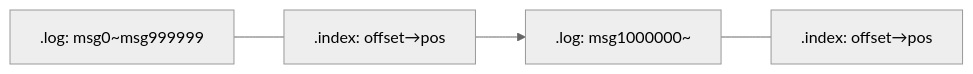
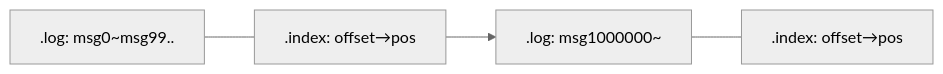
One commit to yjkim2015/yjkim2015.github.io changed the tenth of 17 diagrams in _posts/kafka/2026-05-01-kafka-fundamentals.md. Above: the diagram before and after it, drawn with Mermaid (neutral theme). The commit also changed other lines of this file and 149 other files, not shown here.

First line of the commit message:
Mermaid 가독성 개선: 라벨 축약, 노드 축소, TD→LR 변환

````diff
--- a/_posts/kafka/2026-05-01-kafka-fundamentals.md
+++ b/_posts/kafka/2026-05-01-kafka-fundamentals.md
@@ -344,6 +343,6 @@
 ```mermaid
 graph LR
-    S1LOG[".log: msg0~msg999999"] --- S1IDX[".index: offset→pos"]
+    S1LOG[".log: msg0~msg99.."] --- S1IDX[".index: offset→pos"]
     S2LOG[".log: msg1000000~"] --- S2IDX[".index: offset→pos"]
     S1IDX --> S2LOG
 ```
````
